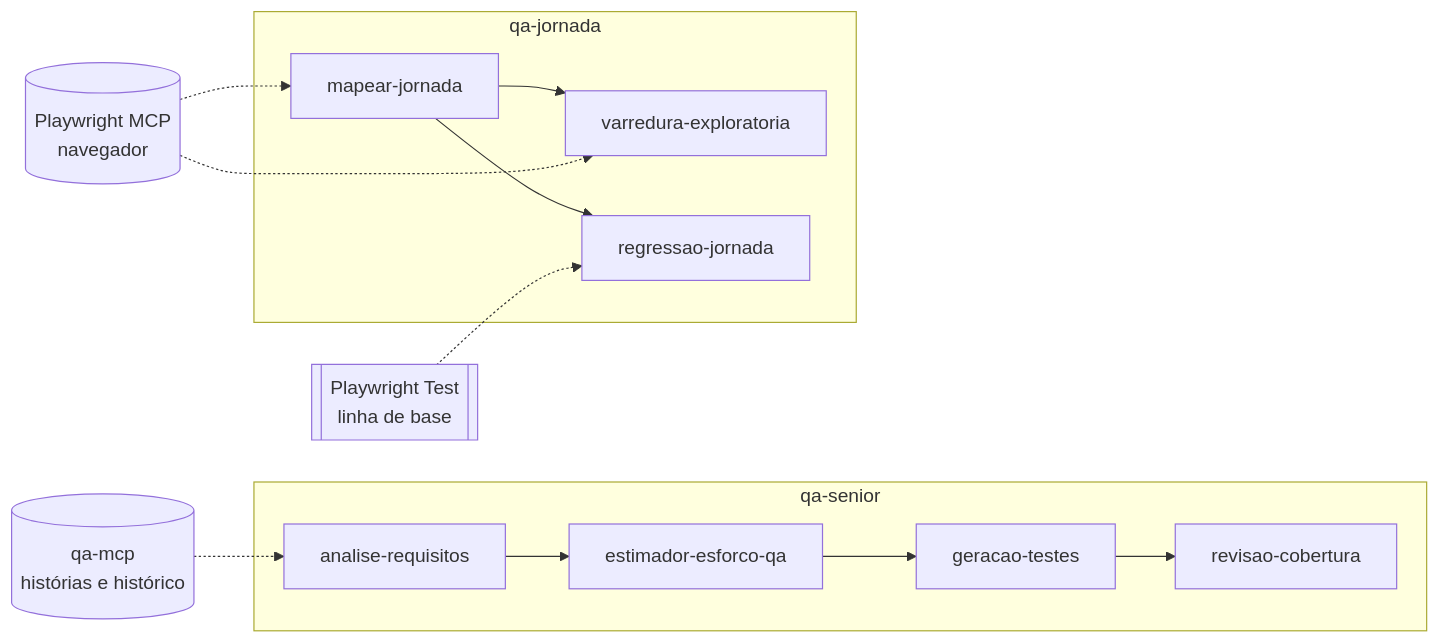
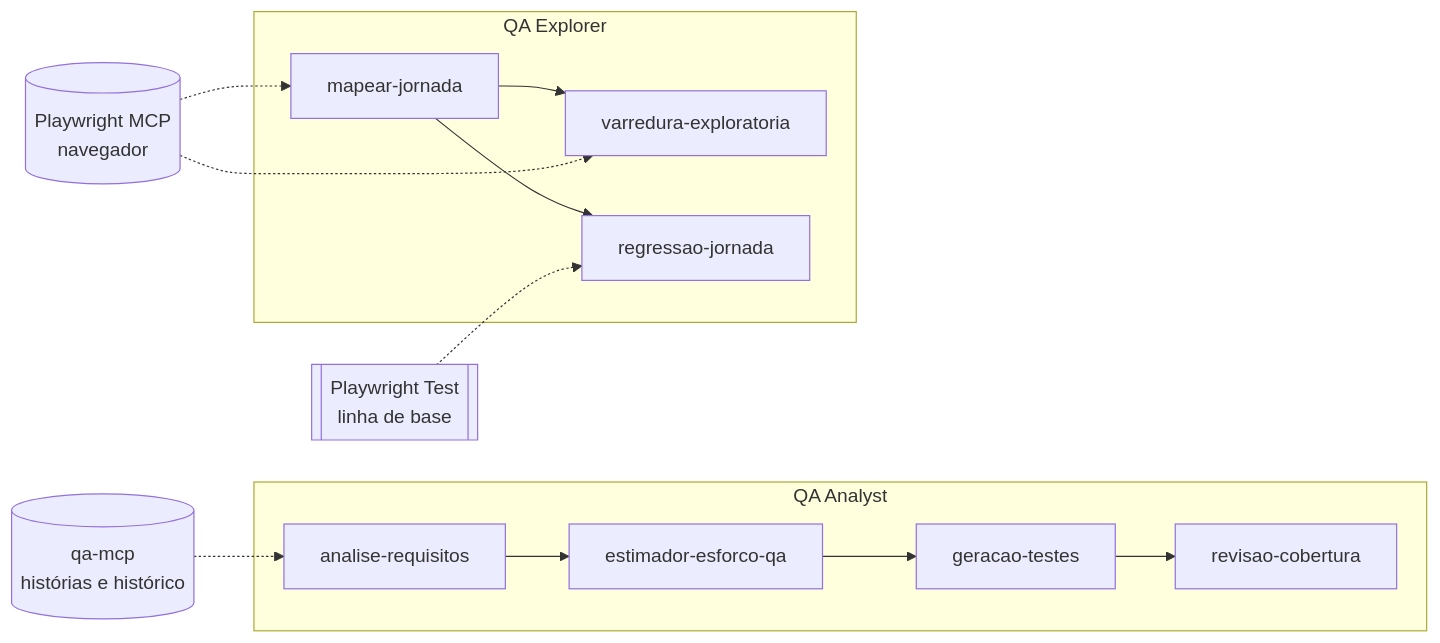
Before and after one commit to CrysMello/qa-agents: the diagram in README.md, drawn with Mermaid. The commit also changed other lines of this file and 10 other files, not shown here.

````diff
--- a/README.md
+++ b/README.md
@@ -59,16 +59,16 @@
 ```mermaid
 flowchart LR
-    subgraph qa-senior
+    subgraph qa_analyst["QA Analyst"]
         A[analise-requisitos] --> B[estimador-esforco-qa]
         B --> C[geracao-testes]
         C --> D[revisao-cobertura]
     end
-    subgraph qa-jornada
+    subgraph qa_explorer["QA Explorer"]
         E[mapear-jornada] --> F[varredura-exploratoria]
         E --> G[regressao-jornada]
     end
     H[(qa-mcp<br/>histórias e histórico)] -.-> A
     I[(Playwright MCP<br/>navegador)] -.-> E
     I -.-> F
     J[[Playwright Test<br/>linha de base]] -.-> G
 ```
````
